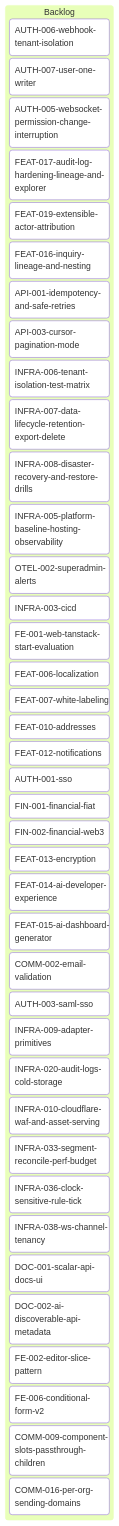
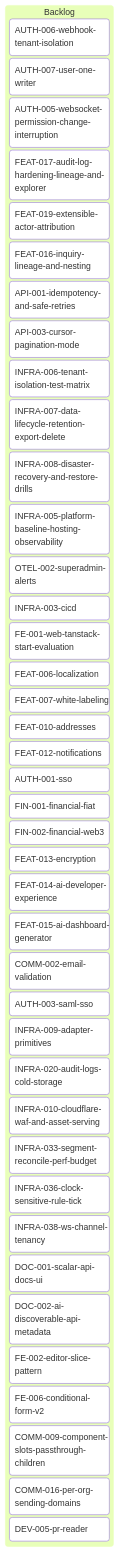
Before and after one commit to inixiative/template: the diagram in tickets/kanban-backlog.md, drawn with Mermaid. The commit also changed other lines of this file and 1 other file, not shown here.

Commit message:
docs(tickets): DEV-005 PR reader

````diff
--- a/tickets/kanban-backlog.md
+++ b/tickets/kanban-backlog.md
@@ -3,48 +3,49 @@
 ```mermaid
 ---
 config:
   kanban:
     ticketBaseUrl: 'https://github.com/yourorg/template/blob/main/tickets/#TICKET#'
 ---
 kanban
   Backlog
     AUTH-006-webhook-tenant-isolation
     AUTH-007-user-one-writer
     AUTH-005-websocket-permission-change-interruption
     FEAT-017-audit-log-hardening-lineage-and-explorer
     FEAT-019-extensible-actor-attribution
     FEAT-016-inquiry-lineage-and-nesting
     API-001-idempotency-and-safe-retries
     API-003-cursor-pagination-mode
     INFRA-006-tenant-isolation-test-matrix
     INFRA-007-data-lifecycle-retention-export-delete
     INFRA-008-disaster-recovery-and-restore-drills
     INFRA-005-platform-baseline-hosting-observability
     OTEL-002-superadmin-alerts
     INFRA-003-cicd
     FE-001-web-tanstack-start-evaluation
     FEAT-006-localization
     FEAT-007-white-labeling
     FEAT-010-addresses
     FEAT-012-notifications
     AUTH-001-sso
     FIN-001-financial-fiat
     FIN-002-financial-web3
     FEAT-013-encryption
     FEAT-014-ai-developer-experience
     FEAT-015-ai-dashboard-generator
     COMM-002-email-validation
     AUTH-003-saml-sso
     INFRA-009-adapter-primitives
     INFRA-020-audit-logs-cold-storage
     INFRA-010-cloudflare-waf-and-asset-serving
     INFRA-033-segment-reconcile-perf-budget
     INFRA-036-clock-sensitive-rule-tick
     INFRA-038-ws-channel-tenancy
     DOC-001-scalar-api-docs-ui
     DOC-002-ai-discoverable-api-metadata
     FE-002-editor-slice-pattern
     FE-006-conditional-form-v2
     COMM-009-component-slots-passthrough-children
     COMM-016-per-org-sending-domains
+    DEV-005-pr-reader
 ```
````
